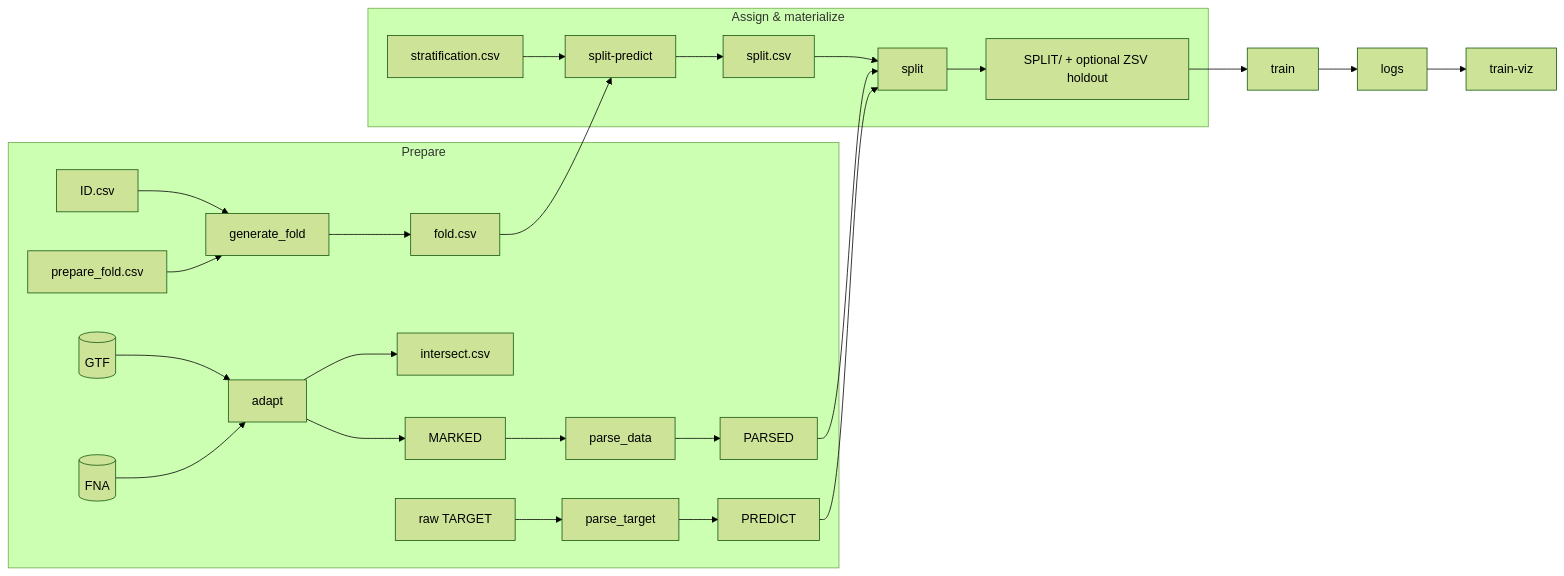
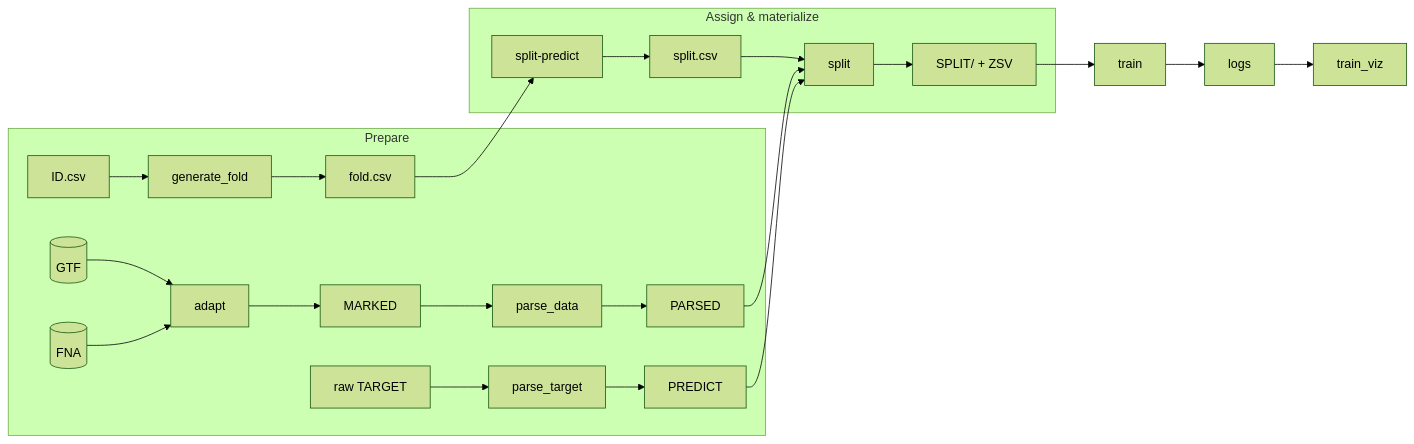
The second of 2 diagrams in README.md (Sirius-Back/Giga_Mario), drawn with Mermaid (forest theme) before and after one commit. The commit also changed other lines of this file and 51 other files, not shown here.

````diff
--- a/README.md
+++ b/README.md
@@ -9,28 +34,25 @@
 ```mermaid
 flowchart LR
     subgraph prep["Prepare"]
         GTF[(GTF)] --> adapt
         FNA[(FNA)] --> adapt
         adapt --> MARKED[MARKED]
-        adapt --> IX[intersect.csv]
         MARKED --> parse_data
         parse_data --> PARSED[PARSED]
         TARGET[raw TARGET] --> parse_target
         parse_target --> PREDICT[PREDICT]
         IDcsv[ID.csv] --> generate_fold
-        PFold[prepare_fold.csv] --> generate_fold
         generate_fold --> Fold[fold.csv]
     end
 
     subgraph assign["Assign & materialize"]
-        Fold --> SP[split-predict]
-        Strat[stratification.csv] --> SP
-        SP --> SplitCSV[split.csv]
-        SplitCSV --> SPL[split]
-        PARSED --> SPL
-        PREDICT --> SPL
-        SPL --> Trees["SPLIT/ + optional ZSV holdout"]
+        Fold --> SPmod[split-predict]
+        SPmod --> SplitCSV[split.csv]
+        SplitCSV --> SPLmod[split]
+        PARSED --> SPLmod
+        PREDICT --> SPLmod
+        SPLmod --> Trees["SPLIT/ + ZSV"]
     end
 
-    Trees --> train --> logs --> train_viz[train-viz]
+    Trees --> train --> logs2[logs] --> train_viz
 ```
````
